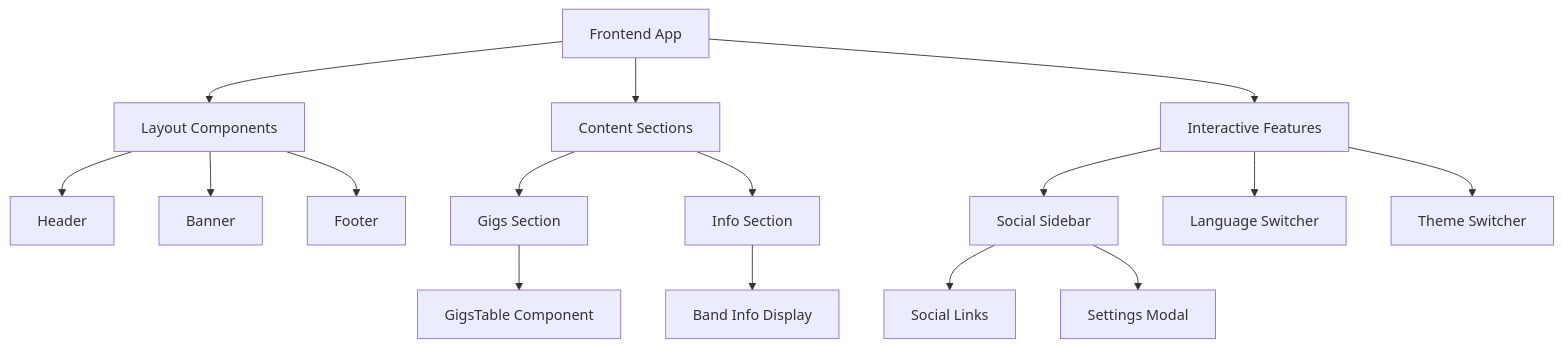
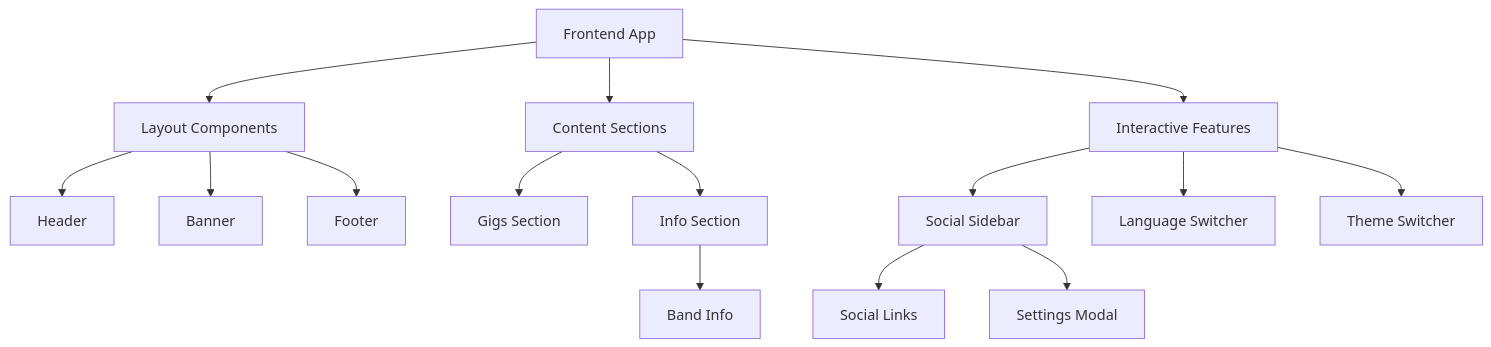
One commit to aj-kivimaki/jpx changed the diagram in apps/frontend/README.md. Above: the diagram before and after it, drawn with Mermaid. The commit also changed other lines of this file and 9 other files, not shown here.

````diff
--- a/apps/frontend/README.md
+++ b/apps/frontend/README.md
@@ -32,22 +15,21 @@
 ```mermaid
 flowchart TD
     A[Frontend App] --> B[Layout Components]
     A --> C[Content Sections]
     A --> D[Interactive Features]
 
     B --> E[Header]
     B --> F[Banner]
     B --> G[Footer]
 
     C --> H[Gigs Section]
     C --> I[Info Section]
 
     D --> J[Social Sidebar]
     D --> K[Language Switcher]
     D --> L[Theme Switcher]
 
-    H --> M[GigsTable Component]
-    I --> N[Band Info Display]
+    I --> N[Band Info]
     J --> O[Social Links]
     J --> P[Settings Modal]
 ```
````
